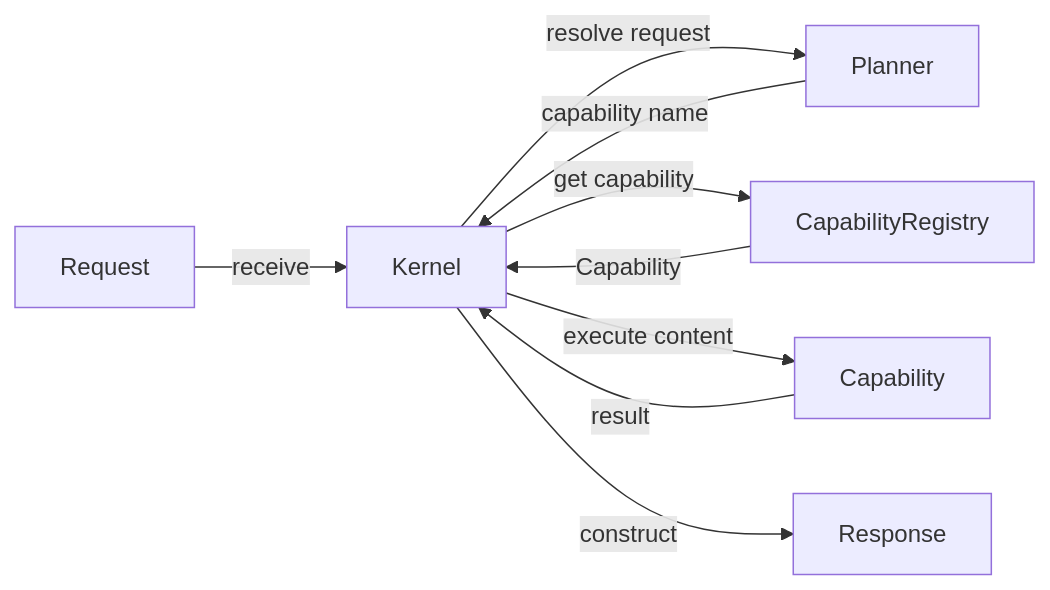
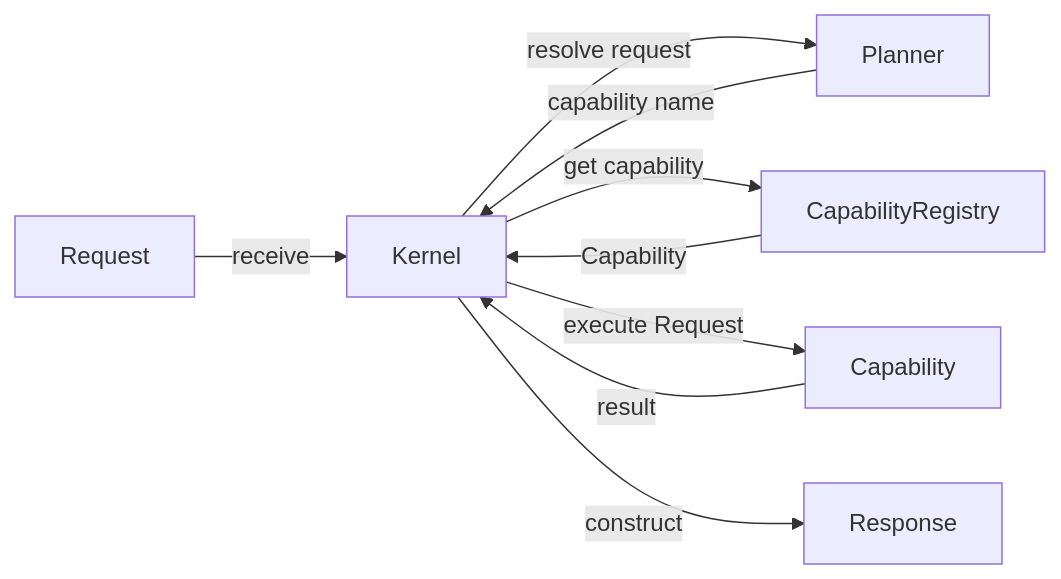
One commit to Aranwill/malak-project-vault changed the first of 2 diagrams in 01-architecture/CURRENT_COMPONENTS_MAP.md. Above: the diagram before and after it, drawn with Mermaid. The commit also changed other lines of this file and 2 other files, not shown here.

````diff
--- a/01-architecture/CURRENT_COMPONENTS_MAP.md
+++ b/01-architecture/CURRENT_COMPONENTS_MAP.md
@@ -399,18 +405,18 @@
 ```mermaid
 flowchart LR
     Request[Request]
     Kernel[Kernel]
     Planner[Planner]
     Registry[CapabilityRegistry]
     Capability[Capability]
     Response[Response]
 
     Request -->|receive| Kernel
     Kernel -->|resolve request| Planner
     Planner -->|capability name| Kernel
     Kernel -->|get capability| Registry
     Registry -->|Capability| Kernel
-    Kernel -->|execute content| Capability
+    Kernel -->|execute Request| Capability
     Capability -->|result| Kernel
     Kernel -->|construct| Response
 ```
````
